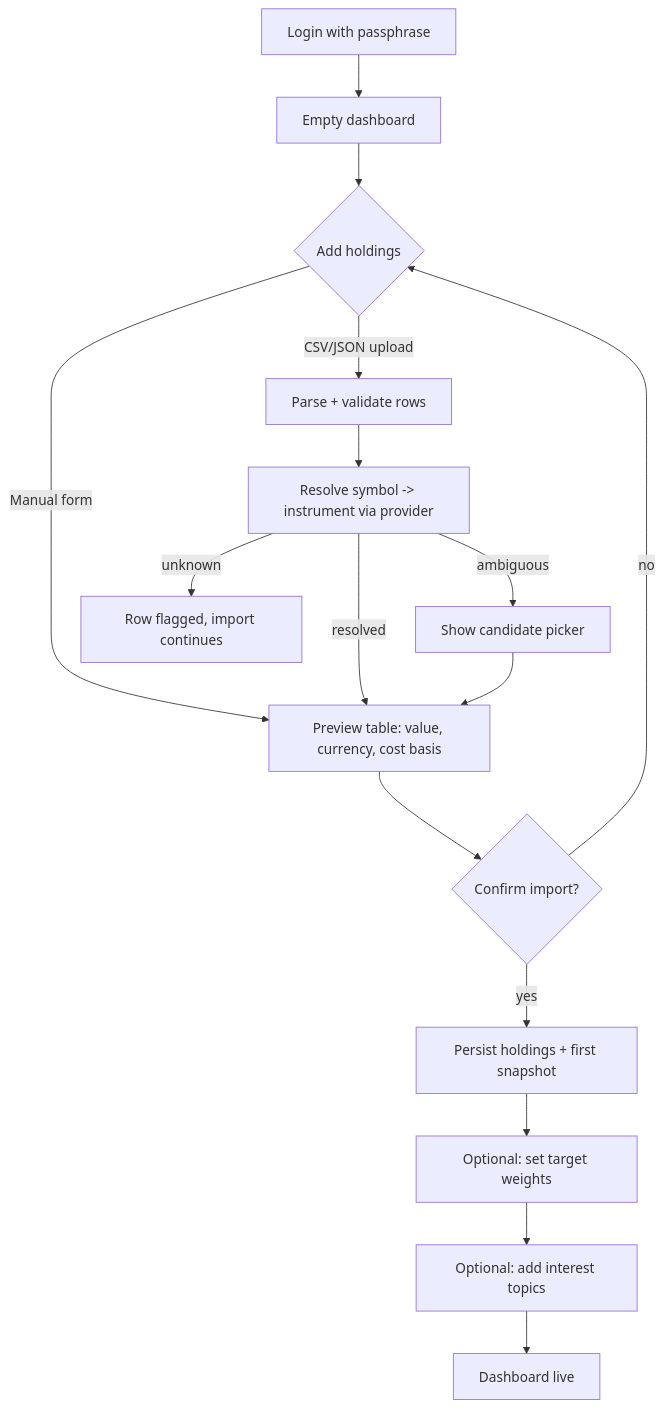
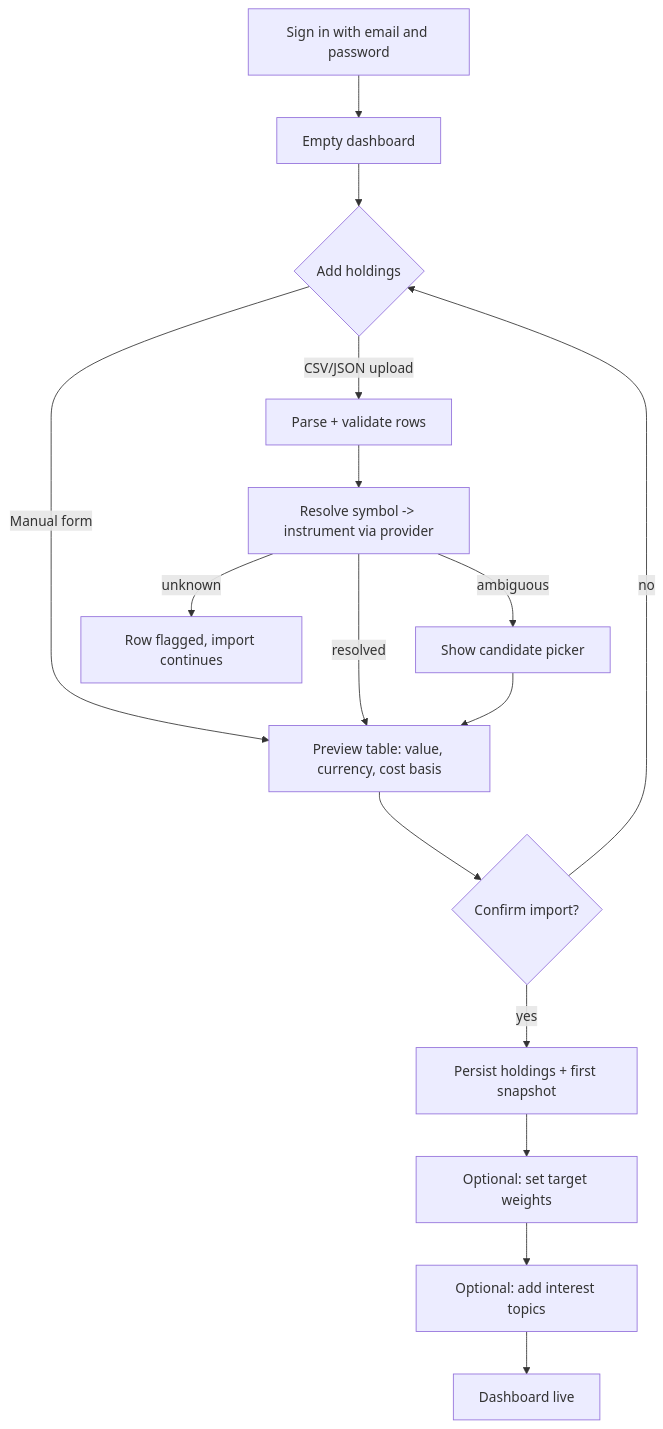
One commit to barakfisher/Trader changed the first of 6 diagrams in docs/FLOWS.md. Above: the diagram before and after it, drawn with Mermaid. The commit also changed 73 other files, not shown here.

````diff
--- a/docs/FLOWS.md
+++ b/docs/FLOWS.md
@@ -10,18 +10,18 @@
 ```mermaid
 flowchart TD
-  A[Login with passphrase] --> B[Empty dashboard]
+  A[Sign in with email and password] --> B[Empty dashboard]
   B --> C{Add holdings}
   C -->|CSV/JSON upload| D[Parse + validate rows]
   C -->|Manual form| G
   D --> E[Resolve symbol -> instrument via provider]
   E -->|ambiguous| F[Show candidate picker]
   E -->|unknown| F2[Row flagged, import continues]
   E -->|resolved| G[Preview table: value, currency, cost basis]
   F --> G
   G --> H{Confirm import?}
   H -->|no| C
   H -->|yes| I[Persist holdings + first snapshot]
   I --> J[Optional: set target weights]
   J --> K[Optional: add interest topics]
   K --> L[Dashboard live]
 ```
````
